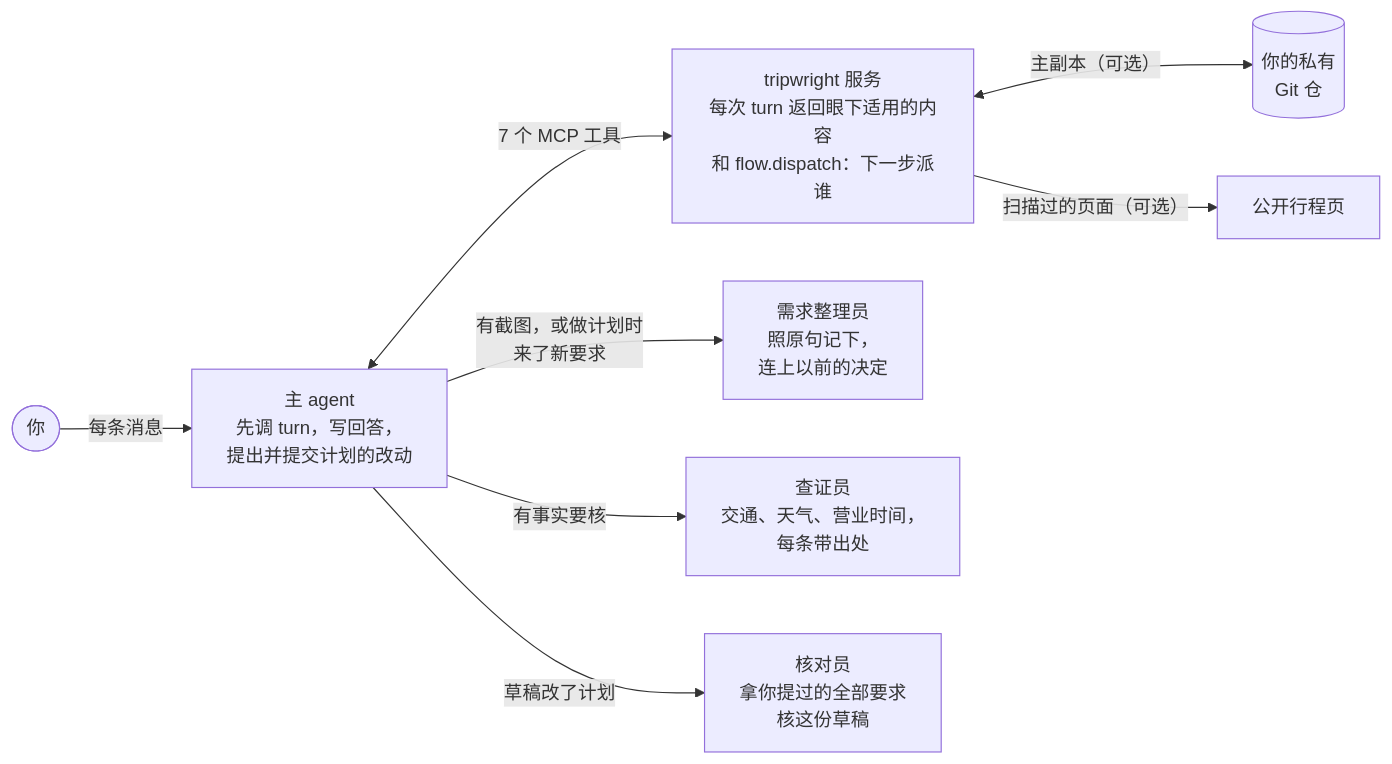
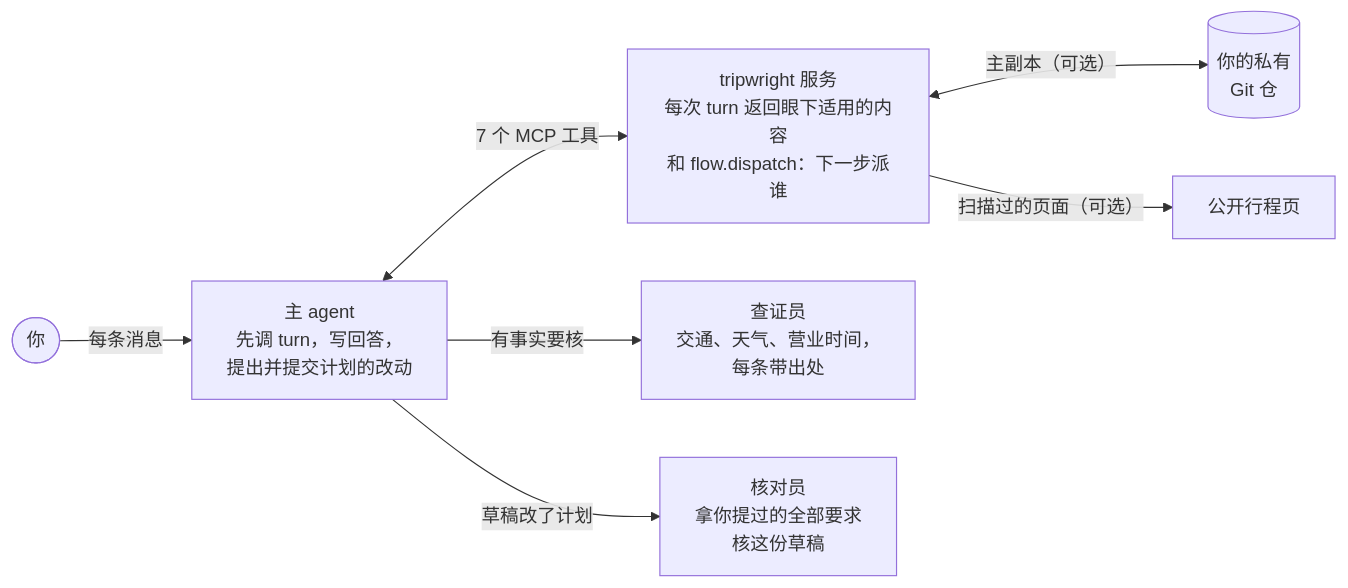
The first of 3 diagrams in README.zh-CN.md (zlxdengtianhei/tripwright), drawn with Mermaid before and after one commit. The commit also changed other lines of this file and 37 other files, not shown here.

````diff
--- a/README.zh-CN.md
+++ b/README.zh-CN.md
@@ -27,10 +27,9 @@
 ```mermaid
 flowchart LR
     U(["你"]) -->|"每条消息"| M["主 agent<br/>先调 turn，写回答，<br/>提出并提交计划的改动"]
     M <-->|"7 个 MCP 工具"| S["tripwright 服务<br/>每次 turn 返回眼下适用的内容<br/>和 flow.dispatch：下一步派谁"]
-    M -->|"有截图，或做计划时<br/>来了新要求"| R["需求整理员<br/>照原句记下，<br/>连上以前的决定"]
     M -->|"有事实要核"| Q["查证员<br/>交通、天气、营业时间，<br/>每条带出处"]
     M -->|"草稿改了计划"| V["核对员<br/>拿你提过的全部要求<br/>核这份草稿"]
     S <-->|"主副本（可选）"| G[("你的私有<br/>Git 仓")]
     S -->|"扫描过的页面（可选）"| P["公开行程页"]
 ```
````
